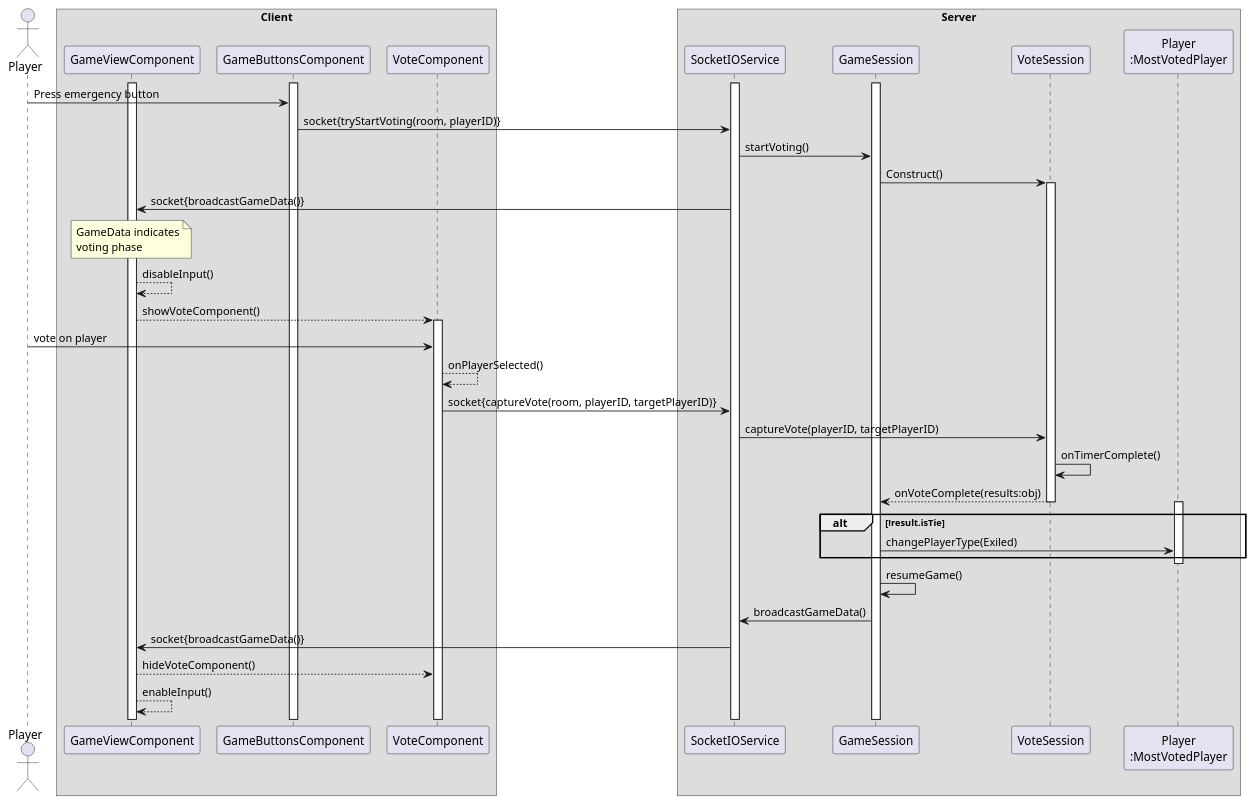
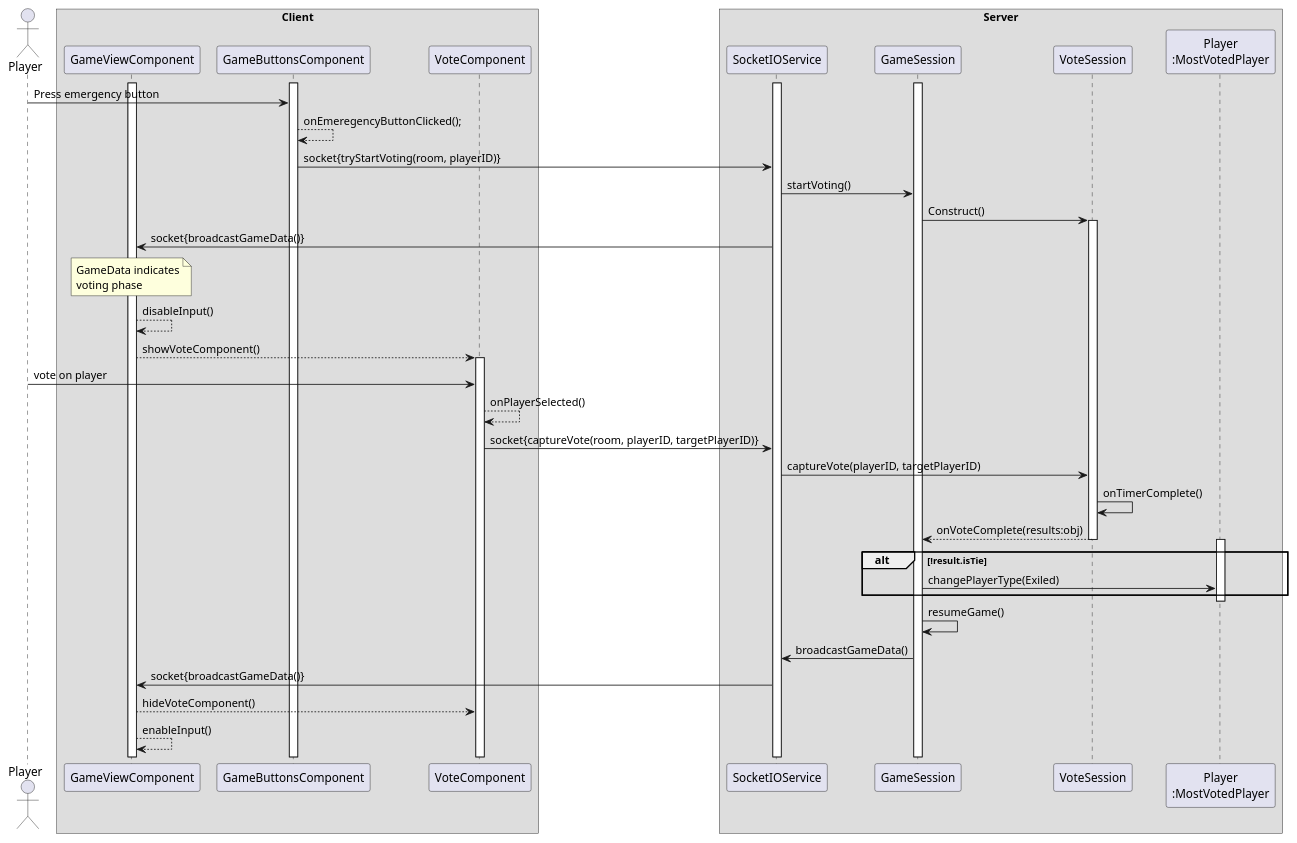
One commit to ducklin5/TTetris changed the diagram in docs/VotingSequence.puml. Above: the diagram before and after it, drawn with PlantUML. The commit also changed 10 other files, not shown here.

Commit message:
feat: add activity diagrams

```diff
--- a/docs/VotingSequence.puml
+++ b/docs/VotingSequence.puml
@@ -1,57 +1,58 @@
 @startuml Voting
 skinparam ParticipantPadding 5
 skinparam BoxPadding 5
 
 actor Player
 
 box Client
     participant GameViewComponent as GVC
     participant GameButtonsComponent as GBC
     participant VoteComponent as VC
 end box
 
 box Server
     participant SocketIOService as SS
     participant GameSession as GS
     participant VoteSession as VS
     participant "Player\n:MostVotedPlayer" as P 
 end Box
 
 activate SS
 activate GS
 activate GBC
 activate GVC
 Player -> GBC: Press emergency button
+GBC --> GBC: onEmeregencyButtonClicked();
 GBC -> SS: socket{tryStartVoting(room, playerID)}
 SS -> GS: startVoting()
 GS -> VS: Construct()
 activate VS
 SS -> GVC: socket{broadcastGameData()}
 note over of GVC
     GameData indicates
     voting phase
 end note
 GVC --> GVC: disableInput()
 GVC --> VC: showVoteComponent()
 activate VC
 Player -> VC: vote on player
 VC --> VC: onPlayerSelected()
 VC -> SS: socket{captureVote(room, playerID, targetPlayerID)}
 SS -> VS: captureVote(playerID, targetPlayerID)
 VS -> VS: onTimerComplete()
 VS --> GS: onVoteComplete(results:obj)
 deactivate VS
 
 activate P
 alt !result.isTie
     GS -> P: changePlayerType(Exiled)
 end
 deactivate P
 GS -> GS: resumeGame()
 
 GS -> SS: broadcastGameData()
 SS -> GVC: socket{broadcastGameData()}
 GVC --> VC: hideVoteComponent()
 GVC --> GVC: enableInput()
 
 @enduml
```
